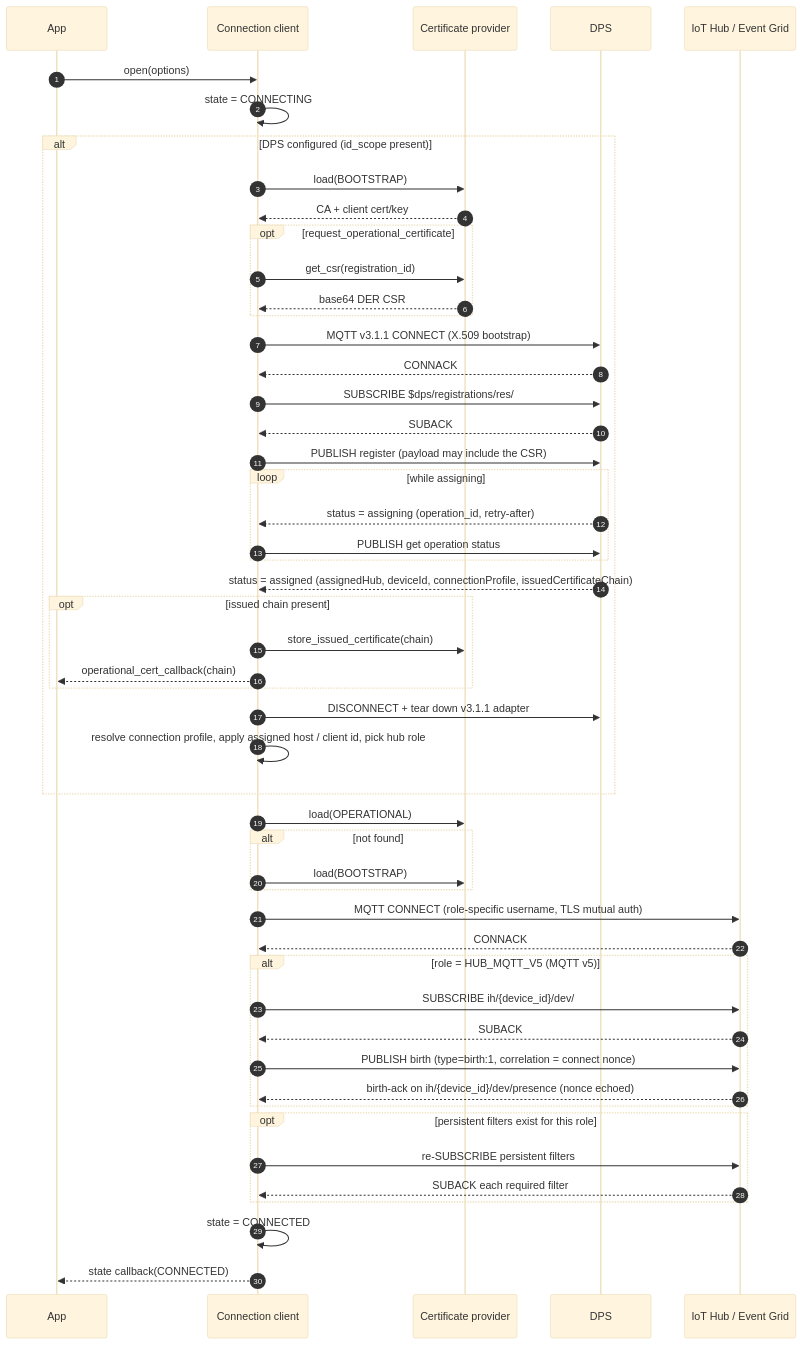
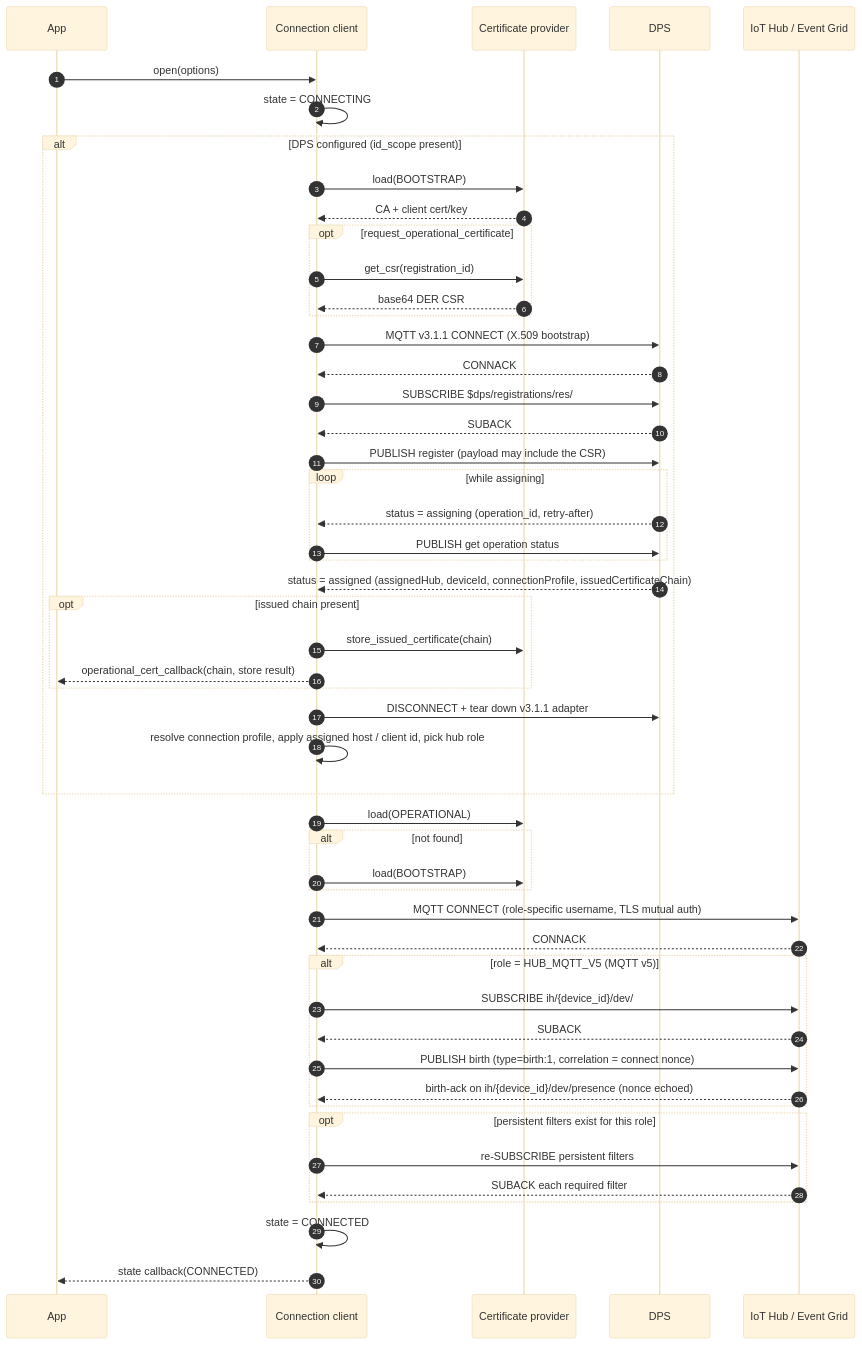
Before and after one commit to Azure/azure-iot-sdk: the third of 9 diagrams in c/docs/connection.md, drawn with Mermaid (base theme). The commit also changed other lines of this file and 15 other files, not shown here.

````diff
--- a/c/docs/connection.md
+++ b/c/docs/connection.md
@@ -107,58 +107,58 @@
 ```mermaid
 sequenceDiagram
     autonumber
     participant App
     participant Conn as Connection client
     participant Cert as Certificate provider
     participant DPS
     participant Hub as IoT Hub / Event Grid
 
     App->>Conn: open(options)
     Conn->>Conn: state = CONNECTING
 
     alt DPS configured (id_scope present)
         Conn->>Cert: load(BOOTSTRAP)
         Cert-->>Conn: CA + client cert/key
         opt request_operational_certificate
             Conn->>Cert: get_csr(registration_id)
             Cert-->>Conn: base64 DER CSR
         end
         Conn->>DPS: MQTT v3.1.1 CONNECT (X.509 bootstrap)
         DPS-->>Conn: CONNACK
         Conn->>DPS: SUBSCRIBE $dps/registrations/res/#
         DPS-->>Conn: SUBACK
         Conn->>DPS: PUBLISH register (payload may include the CSR)
         loop while assigning
             DPS-->>Conn: status = assigning (operation_id, retry-after)
             Conn->>DPS: PUBLISH get operation status
         end
         DPS-->>Conn: status = assigned (assignedHub, deviceId, connectionProfile, issuedCertificateChain)
         opt issued chain present
             Conn->>Cert: store_issued_certificate(chain)
-            Conn-->>App: operational_cert_callback(chain)
+            Conn-->>App: operational_cert_callback(chain, store result)
         end
         Conn->>DPS: DISCONNECT + tear down v3.1.1 adapter
         Conn->>Conn: resolve connection profile, apply assigned host / client id, pick hub role
     end
 
     Conn->>Cert: load(OPERATIONAL)
     alt not found
         Conn->>Cert: load(BOOTSTRAP)
     end
     Conn->>Hub: MQTT CONNECT (role-specific username, TLS mutual auth)
     Hub-->>Conn: CONNACK
 
     alt role = HUB_MQTT_V5 (MQTT v5)
         Conn->>Hub: SUBSCRIBE ih/{device_id}/dev/# (QoS 1)
         Hub-->>Conn: SUBACK
         Conn->>Hub: PUBLISH birth (type=birth:1, correlation = connect nonce)
         Hub-->>Conn: birth-ack on ih/{device_id}/dev/presence (nonce echoed)
     end
 
     opt persistent filters exist for this role
       Conn->>Hub: re-SUBSCRIBE persistent filters
       Hub-->>Conn: SUBACK each required filter
     end
     Conn->>Conn: state = CONNECTED
     Conn-->>App: state callback(CONNECTED)
 ```
````
